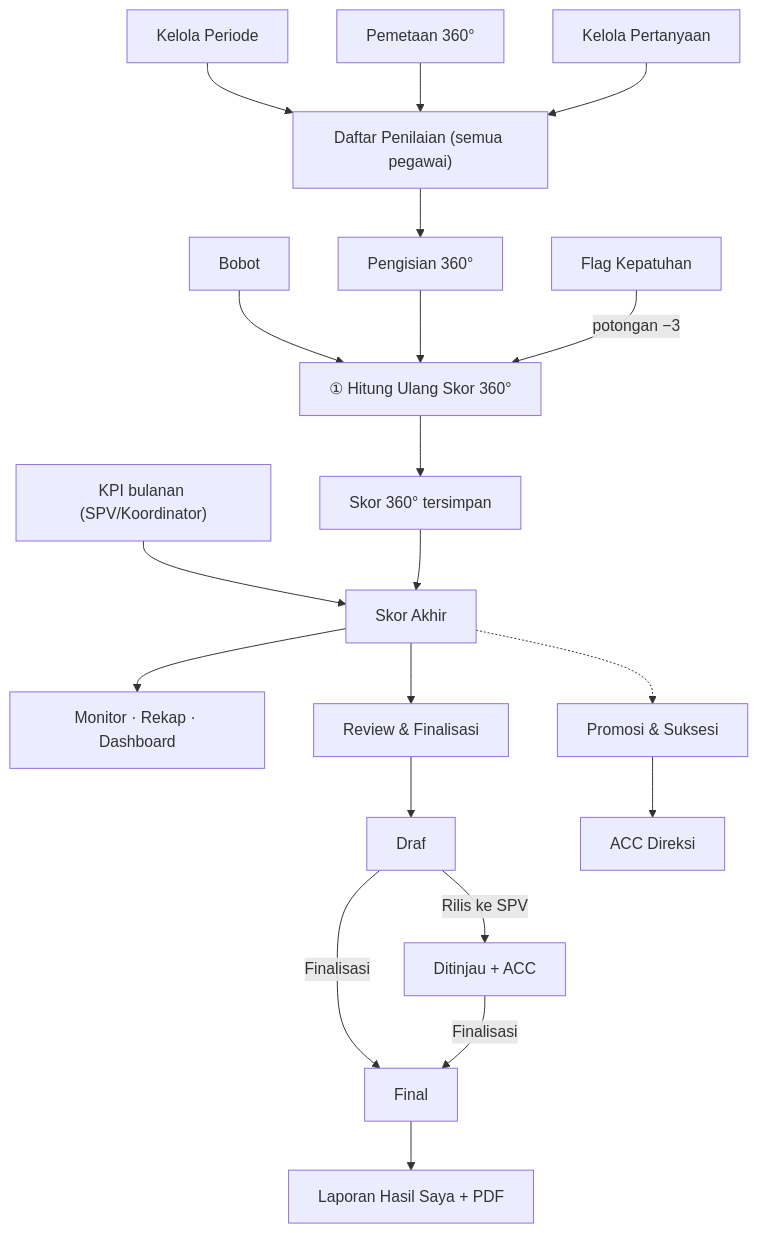
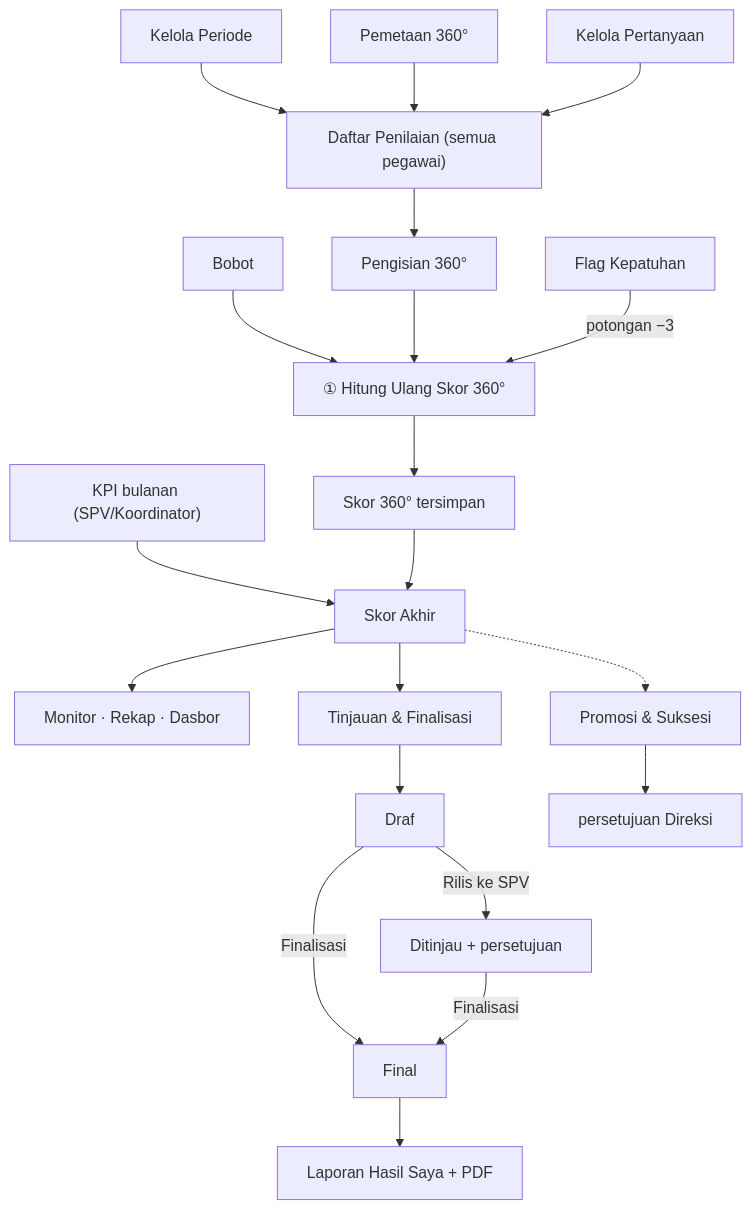
The second of 5 diagrams in docs/PANDUAN.md (infarmcorp/infarm-360), drawn with Mermaid before and after one commit. The commit also changed other lines of this file and 159 other files, not shown here.

````diff
--- a/docs/PANDUAN.md
+++ b/docs/PANDUAN.md
@@ -1070,20 +1070,20 @@
 ```mermaid
 flowchart TD
   PERIODE["Kelola Periode"] --> DAFTAR["Daftar Penilaian (semua pegawai)"]
   PEMETAAN["Pemetaan 360°"] --> DAFTAR
   PERTANYAAN["Kelola Pertanyaan"] --> DAFTAR
   DAFTAR --> ISI["Pengisian 360°"]
   BOBOT["Bobot"] --> HITUNG["① Hitung Ulang Skor 360°"]
   ISI --> HITUNG
   KEPATUHAN["Flag Kepatuhan"] -- "potongan −3" --> HITUNG
   HITUNG --> S360["Skor 360° tersimpan"]
   KPI["KPI bulanan (SPV/Koordinator)"] --> AKHIR["Skor Akhir"]
   S360 --> AKHIR
-  AKHIR --> ANALITIK["Monitor · Rekap · Dashboard"]
-  AKHIR --> REVIEW["Review & Finalisasi"]
-  REVIEW --> DR["Draf"] -->|"Rilis ke SPV"| IR["Ditinjau + ACC"]
+  AKHIR --> ANALITIK["Monitor · Rekap · Dasbor"]
+  AKHIR --> REVIEW["Tinjauan & Finalisasi"]
+  REVIEW --> DR["Draf"] -->|"Rilis ke SPV"| IR["Ditinjau + persetujuan"]
   DR -->|"Finalisasi"| FIN["Final"]
   IR -->|"Finalisasi"| FIN
   FIN --> LAPOR["Laporan Hasil Saya + PDF"]
-  AKHIR -.-> SUKSESI["Promosi & Suksesi"] --> ACCD["ACC Direksi"]
+  AKHIR -.-> SUKSESI["Promosi & Suksesi"] --> ACCD["persetujuan Direksi"]
 ```
````
